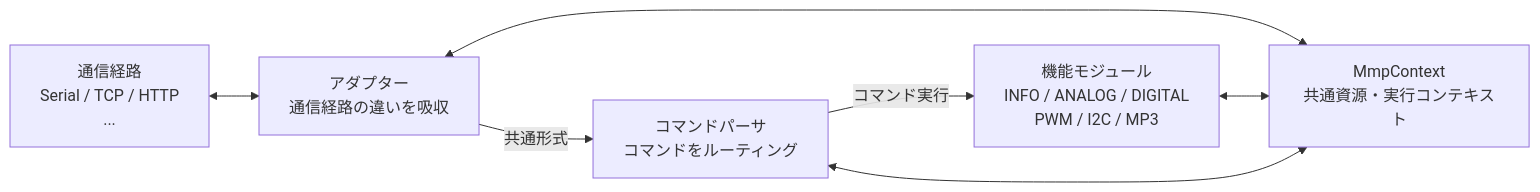
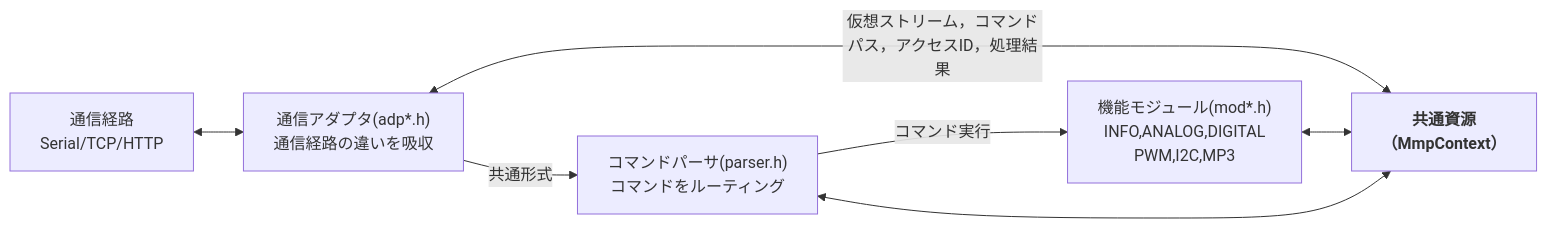
One commit to kureha001/MMP changed the third of 4 diagrams in ファームウェア/ファームウェア/mmp/doc/README.MD. Above: the diagram before and after it, drawn with Mermaid. The commit also changed other lines of this file, not shown here.

````diff
--- a/ファームウェア/ファームウェア/mmp/doc/README.MD
+++ b/ファームウェア/ファームウェア/mmp/doc/README.MD
@@ -97,15 +119,15 @@
 ```mermaid
 flowchart LR
-    A["通信経路<br/>Serial / TCP / HTTP<br/>..."]
-    B["アダプター<br/>通信経路の違いを吸収"]
-    C["MmpContext<br/>共通資源・実行コンテキスト"]
-    D["コマンドパーサ<br/>コマンドをルーティング"]
-    E["機能モジュール<br/>INFO / ANALOG / DIGITAL<br/>PWM / I2C / MP3"]
+    A["通信経路<br/>Serial/TCP/HTTP"]
+    B["通信アダプタ(adp*.h)<br/>通信経路の違いを吸収"]
+    C["<b>共通資源<br/>（MmpContext）<b/>"]
+    D["コマンドパーサ(parser.h)<br/>コマンドをルーティング"]
+    E["機能モジュール(mod*.h)<br/>INFO,ANALOG,DIGITAL<br/>PWM,I2C,MP3"]
 
     A <--> B
     B -->|"共通形式"| D
-    B <--> C
+    B <-->|"仮想ストリーム，コマンドパス，アクセスID，処理結果"| C
     C <--> D
     D -->|"コマンド実行"| E
     E <--> C
 ```
````
